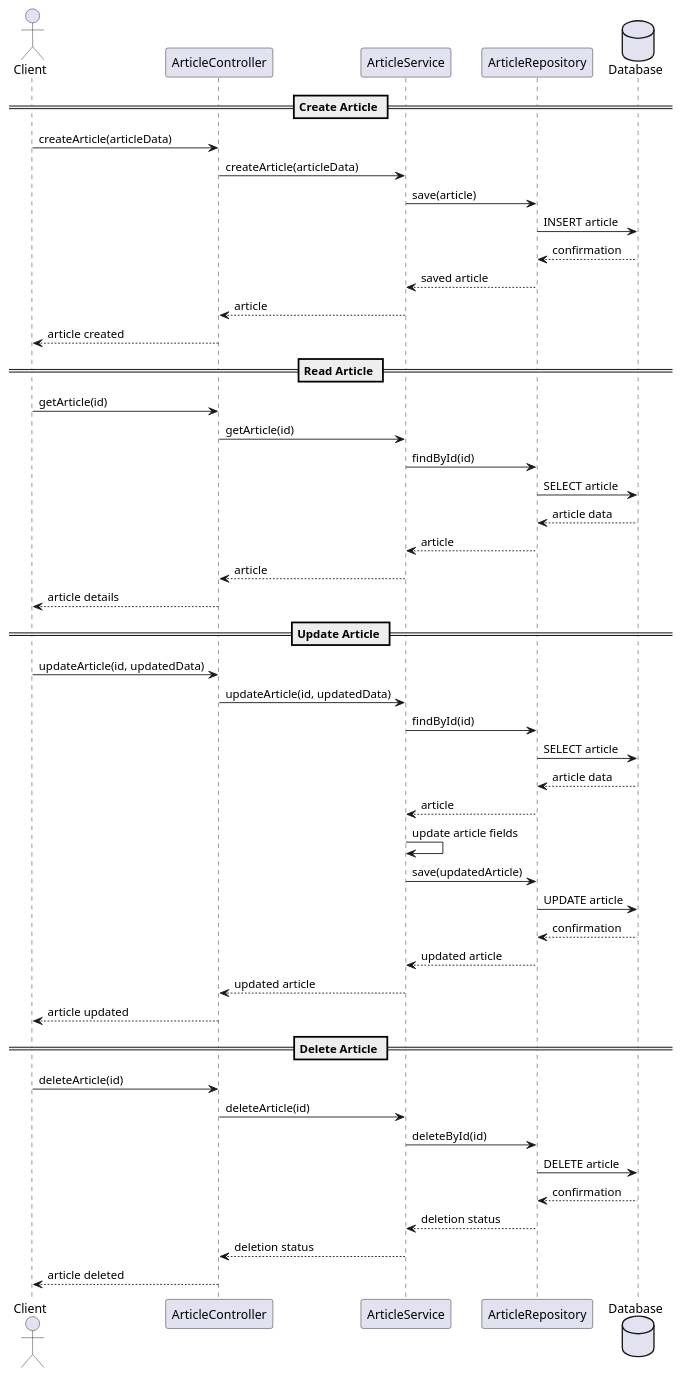
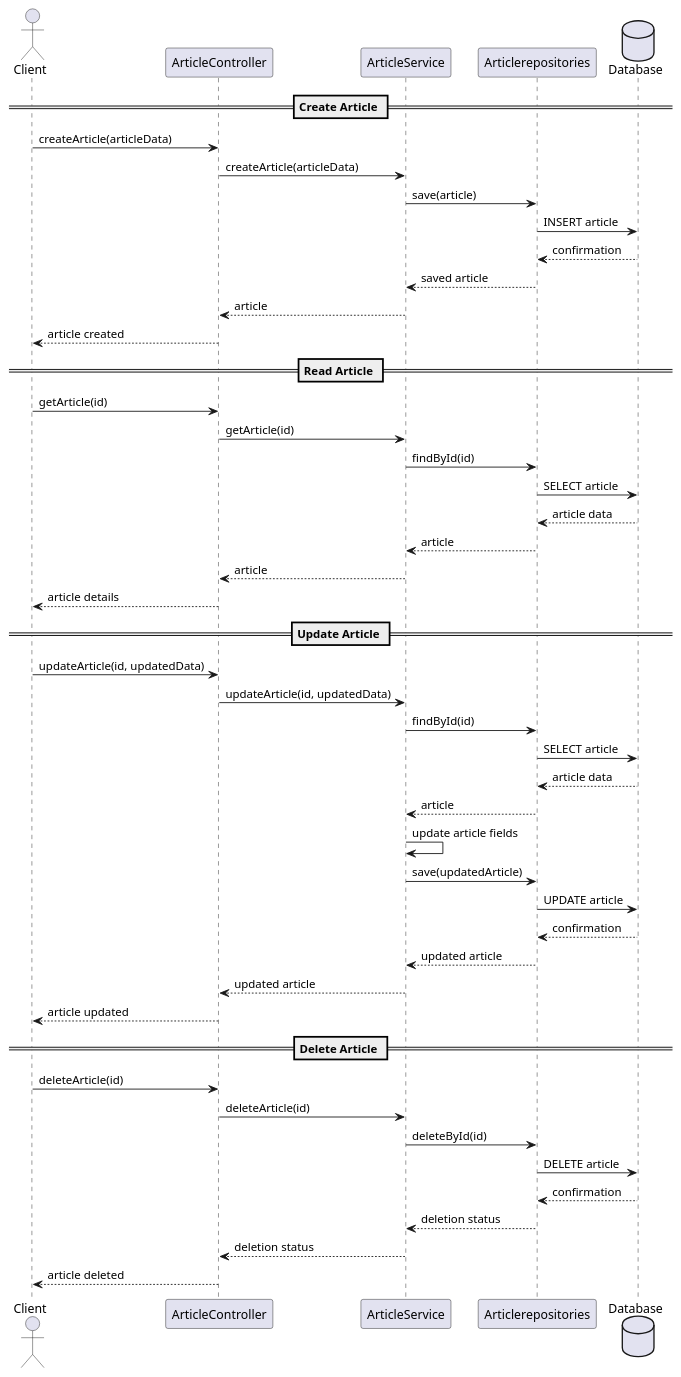
The diagram in docs/article_domain_sequence_diagram.puml (ElielMato/gestion_system), drawn with PlantUML before and after one commit. The commit also changed 3 other files, not shown here.

```diff
--- a/docs/article_domain_sequence_diagram.puml
+++ b/docs/article_domain_sequence_diagram.puml
@@ -1,54 +1,54 @@
 @startuml Article Sequence Diagram
 
 actor Client
 participant "ArticleController" as Controller
 participant "ArticleService" as Service
-participant "ArticleRepository" as Repository
+participant "Articlerepositories" as repositories
 database "Database" as DB
 
 == Create Article ==
 Client -> Controller : createArticle(articleData)
 Controller -> Service : createArticle(articleData)
-Service -> Repository : save(article)
-Repository -> DB : INSERT article
-DB --> Repository : confirmation
-Repository --> Service : saved article
+Service -> repositories : save(article)
+repositories -> DB : INSERT article
+DB --> repositories : confirmation
+repositories --> Service : saved article
 Service --> Controller : article
 Controller --> Client : article created
 
 == Read Article ==
 Client -> Controller : getArticle(id)
 Controller -> Service : getArticle(id)
-Service -> Repository : findById(id)
-Repository -> DB : SELECT article
-DB --> Repository : article data
-Repository --> Service : article
+Service -> repositories : findById(id)
+repositories -> DB : SELECT article
+DB --> repositories : article data
+repositories --> Service : article
 Service --> Controller : article
 Controller --> Client : article details
 
 == Update Article ==
 Client -> Controller : updateArticle(id, updatedData)
 Controller -> Service : updateArticle(id, updatedData)
-Service -> Repository : findById(id)
-Repository -> DB : SELECT article
-DB --> Repository : article data
-Repository --> Service : article
+Service -> repositories : findById(id)
+repositories -> DB : SELECT article
+DB --> repositories : article data
+repositories --> Service : article
 Service -> Service : update article fields
-Service -> Repository : save(updatedArticle)
-Repository -> DB : UPDATE article
-DB --> Repository : confirmation
-Repository --> Service : updated article
+Service -> repositories : save(updatedArticle)
+repositories -> DB : UPDATE article
+DB --> repositories : confirmation
+repositories --> Service : updated article
 Service --> Controller : updated article
 Controller --> Client : article updated
 
 == Delete Article ==
 Client -> Controller : deleteArticle(id)
 Controller -> Service : deleteArticle(id)
-Service -> Repository : deleteById(id)
-Repository -> DB : DELETE article
-DB --> Repository : confirmation
-Repository --> Service : deletion status
+Service -> repositories : deleteById(id)
+repositories -> DB : DELETE article
+DB --> repositories : confirmation
+repositories --> Service : deletion status
 Service --> Controller : deletion status
 Controller --> Client : article deleted
 
 @enduml
```
